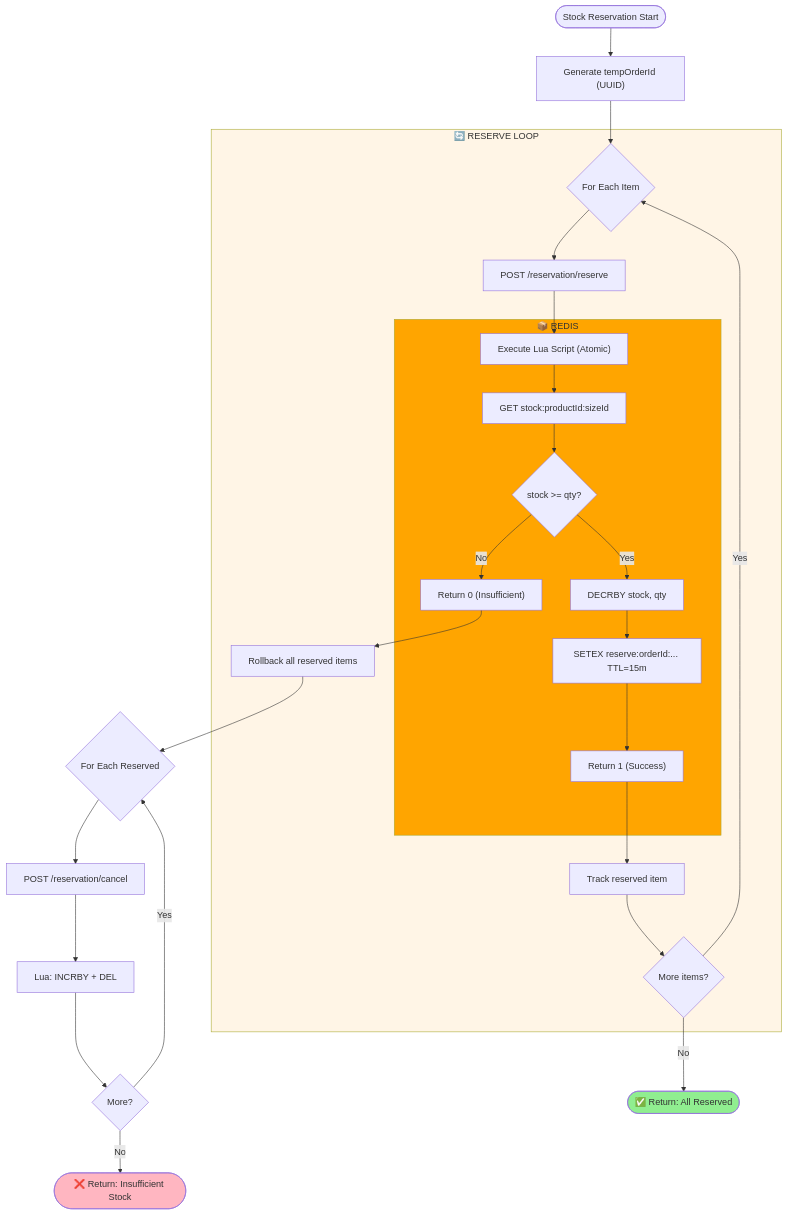
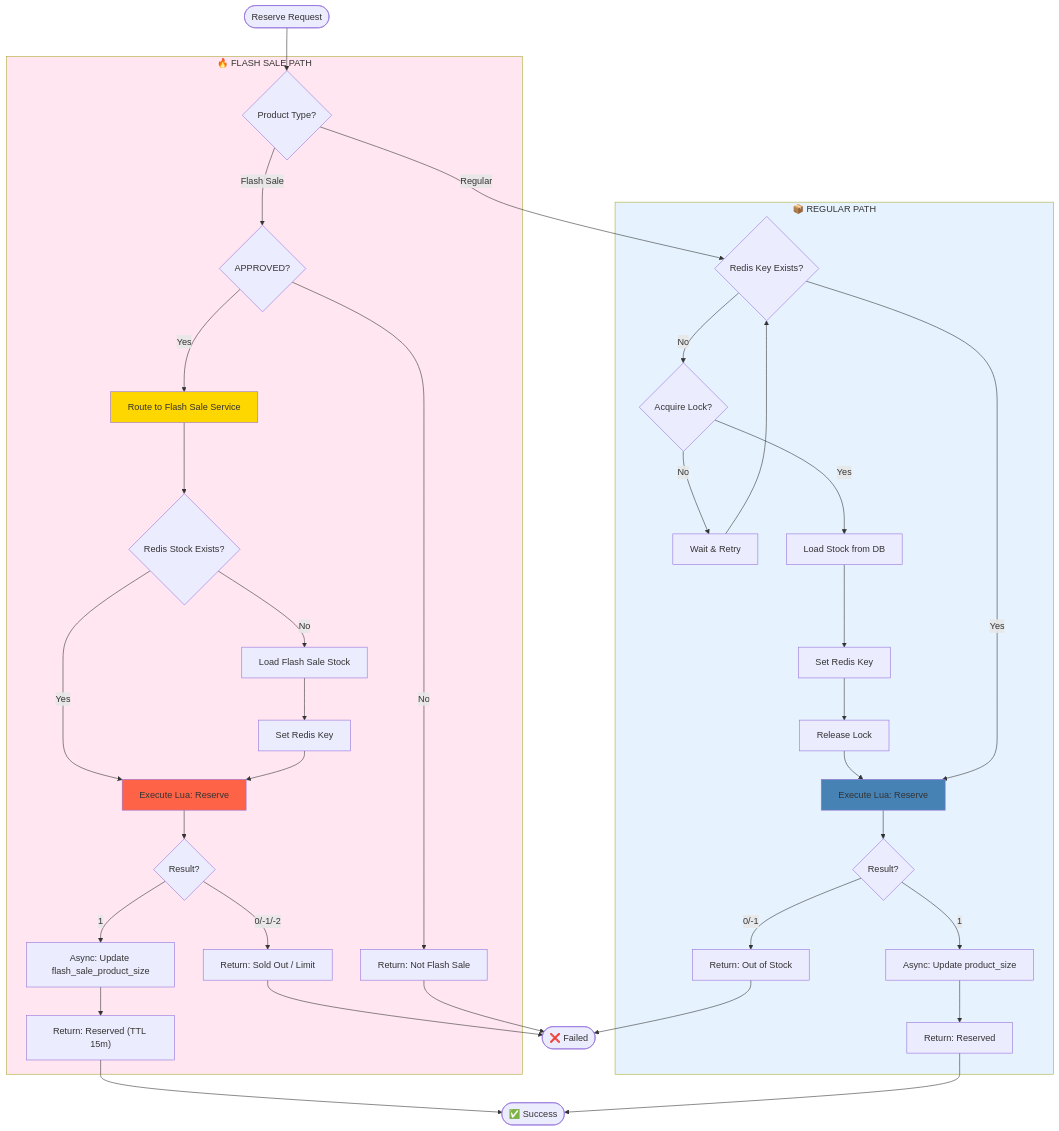
One commit to ThuanNgcodelor/VibeX-E-Commerce changed the fifth of 6 diagrams in documents/activity/CHECKOUT_ACTIVITY.md. Above: the diagram before and after it, drawn with Mermaid. The commit also changed other lines of this file and 20 other files, not shown here.

First line of the commit message:
Update FlashSale

````diff
--- a/documents/activity/CHECKOUT_ACTIVITY.md
+++ b/documents/activity/CHECKOUT_ACTIVITY.md
@@ -237,41 +339,54 @@
 ```mermaid
 flowchart TD
-    Start([Stock Reservation Start]) --> GenTempId["Generate tempOrderId (UUID)"]
+    Start([Reserve Request]) --> CheckProduct{Product Type?}
     
-    GenTempId --> LoopStart{For Each Item}
-    
-    subgraph ReserveLoop["🔄 RESERVE LOOP"]
-        LoopStart --> CallReserve["POST /reservation/reserve"]
+    subgraph FlashSalePath["🔥 FLASH SALE PATH"]
+        CheckProduct -->|Flash Sale| CheckApproved{APPROVED?}
+        CheckApproved -->|No| ReturnNotFS[Return: Not Flash Sale]
+        CheckApproved -->|Yes| RouteFS[Route to Flash Sale Service]
         
-        CallReserve --> RedisLua["Execute Lua Script (Atomic)"]
+        RouteFS --> CheckRedis{Redis Stock Exists?}
+        CheckRedis -->|No| LoadFromDB[Load Flash Sale Stock]
+        LoadFromDB --> SetRedis[Set Redis Key]
         
-        subgraph Redis["📦 REDIS"]
-            RedisLua --> GetStock["GET stock:productId:sizeId"]
-            GetStock --> CheckStock{stock >= qty?}
-            CheckStock -->|No| ReturnFail["Return 0 (Insufficient)"]
-            CheckStock -->|Yes| Decrement["DECRBY stock, qty"]
-            Decrement --> SetReserve["SETEX reserve:orderId:... TTL=15m"]
-            SetReserve --> ReturnSuccess["Return 1 (Success)"]
-        end
+        CheckRedis -->|Yes| LuaFS[Execute Lua: Reserve]
+        SetRedis --> LuaFS
         
-        ReturnSuccess --> TrackItem["Track reserved item"]
-        TrackItem --> NextItem{More items?}
-        NextItem -->|Yes| LoopStart
+        LuaFS --> LuaResult{Result?}
+        LuaResult -->|1| AsyncDB["Async: Update flash_sale_product_size"]
+        LuaResult -->|0/-1/-2| ReturnFail[Return: Sold Out / Limit]
         
-        ReturnFail --> RollbackAll["Rollback all reserved items"]
+        AsyncDB --> ReturnFSSuccess["Return: Reserved (TTL 15m)"]
     end
     
-    RollbackAll --> RollbackLoop{For Each Reserved}
-    RollbackLoop --> CancelCall["POST /reservation/cancel"]
-    CancelCall --> RollbackLua["Lua: INCRBY + DEL"]
-    RollbackLua --> RollbackNext{More?}
-    RollbackNext -->|Yes| RollbackLoop
-    RollbackNext -->|No| FailResult(["❌ Return: Insufficient Stock"])
+    subgraph RegularPath["📦 REGULAR PATH"]
+        CheckProduct -->|Regular| CheckCache{Redis Key Exists?}
+        CheckCache -->|No| DistLock{Acquire Lock?}
+        DistLock -->|No| WaitRetry[Wait & Retry]
+        WaitRetry --> CheckCache
+        
+        DistLock -->|Yes| LoadDB[Load Stock from DB]
+        LoadDB --> SetCache[Set Redis Key]
+        SetCache --> ReleaseLock[Release Lock]
+        ReleaseLock --> LuaReg
+        
+        CheckCache -->|Yes| LuaReg[Execute Lua: Reserve]
+        LuaReg --> RegResult{Result?}
+        RegResult -->|1| AsyncReg["Async: Update product_size"]
+        RegResult -->|0/-1| ReturnRegFail[Return: Out of Stock]
+        
+        AsyncReg --> ReturnRegSuccess["Return: Reserved"]
+    end
     
-    NextItem -->|No| SuccessResult(["✅ Return: All Reserved"])
+    ReturnFSSuccess --> EndOK([✅ Success])
+    ReturnRegSuccess --> EndOK
+    ReturnFail --> EndFail([❌ Failed])
+    ReturnRegFail --> EndFail
+    ReturnNotFS --> EndFail
     
-    style Redis fill:#FFA500
-    style ReserveLoop fill:#fff5e6
-    style SuccessResult fill:#90EE90
-    style FailResult fill:#FFB6C1
+    style FlashSalePath fill:#ffe6f0
+    style RegularPath fill:#e6f3ff
+    style LuaFS fill:#FF6347
+    style LuaReg fill:#4682B4
+    style RouteFS fill:#FFD700
 ```
````
